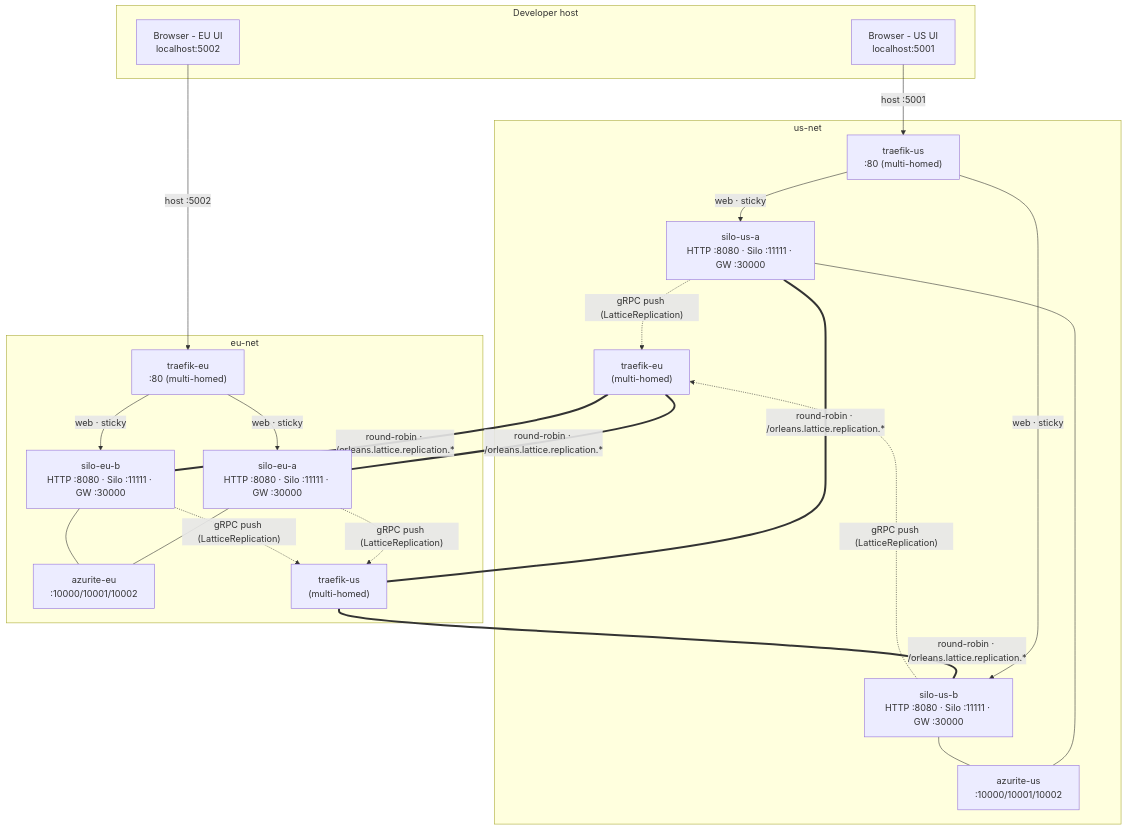
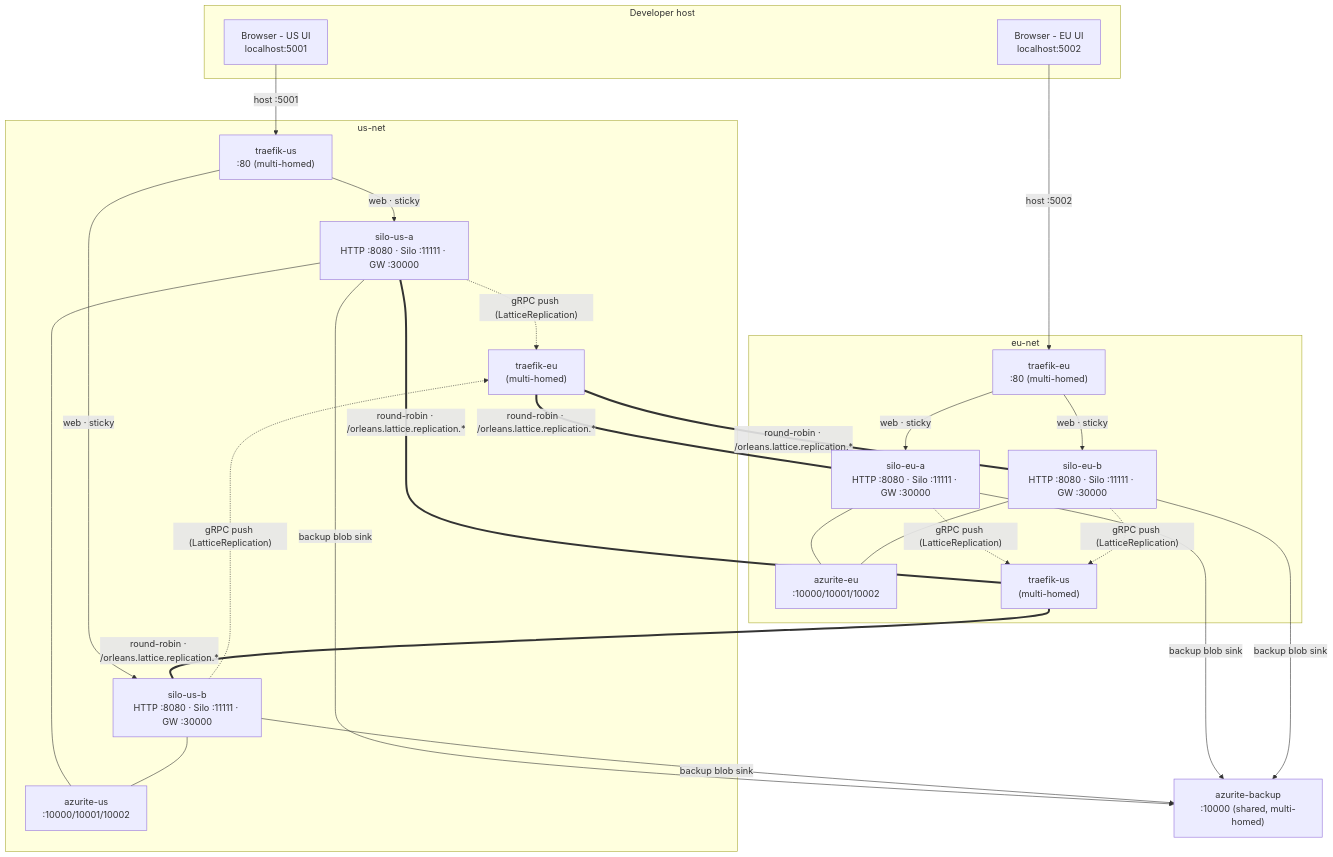
The first of 5 diagrams in samples/MultiSiteManufacturing/architecture.md (NSTA1/Orleans.Lattice), drawn with Mermaid before and after one commit. The commit also changed other lines of this file and 14 other files, not shown here.

````diff
--- a/samples/MultiSiteManufacturing/architecture.md
+++ b/samples/MultiSiteManufacturing/architecture.md
@@ -20,46 +20,52 @@
 ```mermaid
 flowchart TB
     subgraph host["Developer host"]
         browser1["Browser - US UI<br/>localhost:5001"]
         browser2["Browser - EU UI<br/>localhost:5002"]
     end
 
     subgraph usNet["us-net"]
         azF["azurite-us<br/>:10000/10001/10002"]
         siloFA["silo-us-a<br/>HTTP :8080 · Silo :11111 · GW :30000"]
         siloFB["silo-us-b<br/>HTTP :8080 · Silo :11111 · GW :30000"]
         tFE["traefik-us<br/>:80 (multi-homed)"]
         tHE1["traefik-eu<br/>(multi-homed)"]
     end
 
     subgraph euNet["eu-net"]
         azH["azurite-eu<br/>:10000/10001/10002"]
         siloHA["silo-eu-a<br/>HTTP :8080 · Silo :11111 · GW :30000"]
         siloHB["silo-eu-b<br/>HTTP :8080 · Silo :11111 · GW :30000"]
         tHE2["traefik-eu<br/>:80 (multi-homed)"]
         tFE2["traefik-us<br/>(multi-homed)"]
     end
 
     browser1 -->|"host :5001"| tFE
     browser2 -->|"host :5002"| tHE2
 
     tFE -->|"web · sticky"| siloFA
     tFE -->|"web · sticky"| siloFB
     tHE2 -->|"web · sticky"| siloHA
     tHE2 -->|"web · sticky"| siloHB
 
     siloFA --- azF
     siloFB --- azF
     siloHA --- azH
     siloHB --- azH
 
+    azBK["azurite-backup<br/>:10000 (shared, multi-homed)"]
+    siloFA -->|"backup blob sink"| azBK
+    siloFB -->|"backup blob sink"| azBK
+    siloHA -->|"backup blob sink"| azBK
+    siloHB -->|"backup blob sink"| azBK
+
     siloFA -.->|"gRPC push (LatticeReplication)"| tHE1
     siloFB -.->|"gRPC push (LatticeReplication)"| tHE1
     siloHA -.->|"gRPC push (LatticeReplication)"| tFE2
     siloHB -.->|"gRPC push (LatticeReplication)"| tFE2
 
     tHE1 ===|"round-robin · /orleans.lattice.replication.*"| siloHA
     tHE1 ===|"round-robin · /orleans.lattice.replication.*"| siloHB
     tFE2 ===|"round-robin · /orleans.lattice.replication.*"| siloFA
     tFE2 ===|"round-robin · /orleans.lattice.replication.*"| siloFB
 ```
````
